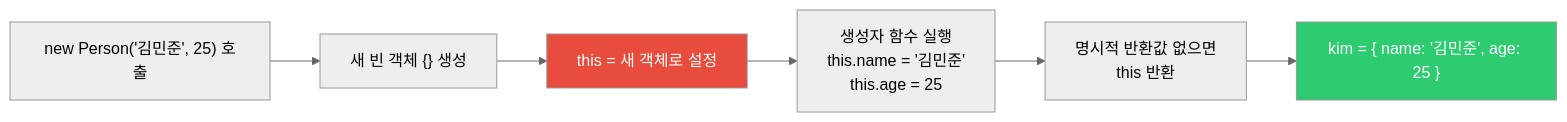
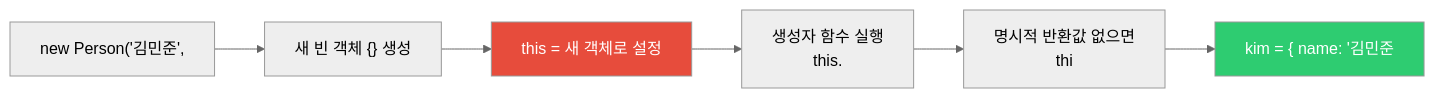
Before and after one commit to yjkim2015/yjkim2015.github.io: the fourth of 7 diagrams in _posts/frontend/2026-05-02-js-this-binding.md, drawn with Mermaid (neutral theme). The commit also changed other lines of this file and 271 other files, not shown here.

First line of the commit message:
Mermaid 라벨 축소: 긴 노드 텍스트 18자 이하로 트림 + \n 제거

````diff
--- a/_posts/frontend/2026-05-02-js-this-binding.md
+++ b/_posts/frontend/2026-05-02-js-this-binding.md
@@ -257,10 +257,10 @@
 ```mermaid
 flowchart LR
-    A["new Person('김민준', 25) 호출"] --> B["새 빈 객체 {} 생성"]
+    A["new Person('김민준',"] --> B["새 빈 객체 {} 생성"]
     B --> C["this = 새 객체로 설정"]
-    C --> D["생성자 함수 실행<br>this.name = '김민준'<br>this.age = 25"]
-    D --> E["명시적 반환값 없으면<br>this 반환"]
-    E --> F["kim = { name: '김민준', age: 25 }"]
+    C --> D["생성자 함수 실행<br>this."]
+    D --> E["명시적 반환값 없으면<br>thi"]
+    E --> F["kim = { name: '김민준"]
     style C fill:#e74c3c,color:#fff
     style F fill:#2ecc71,color:#fff
 ```
````
